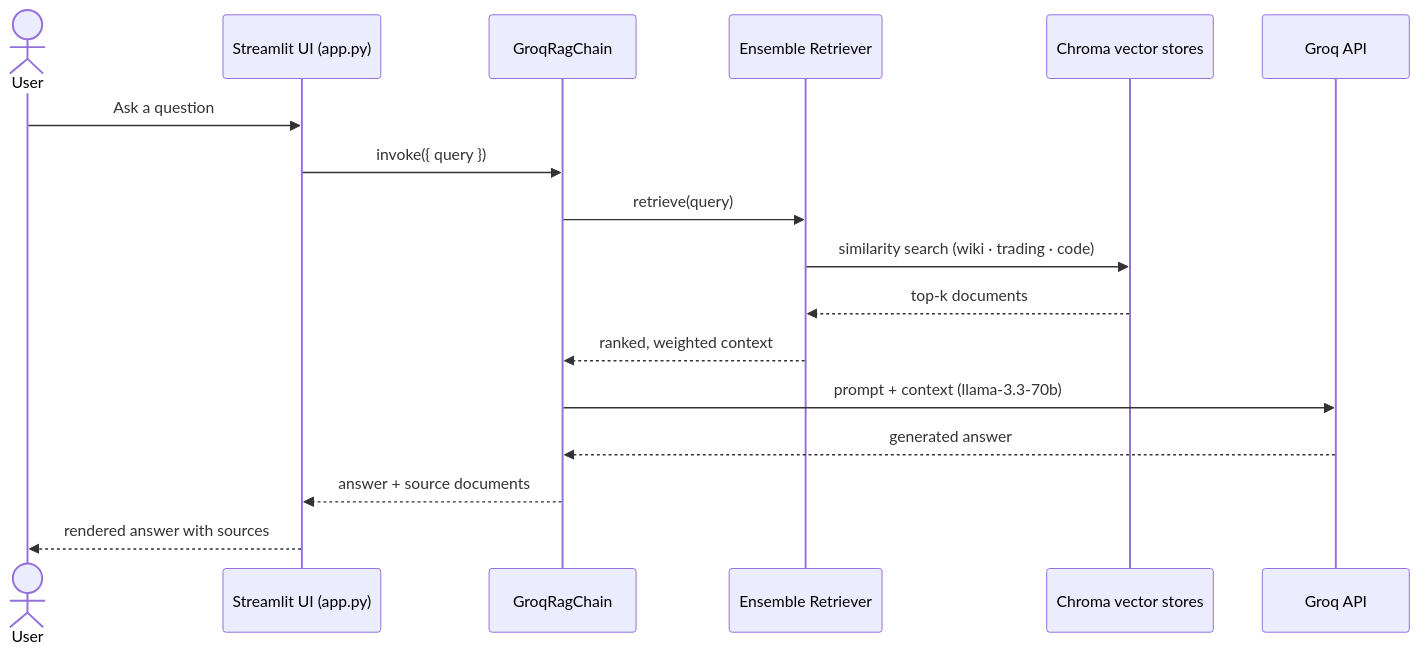
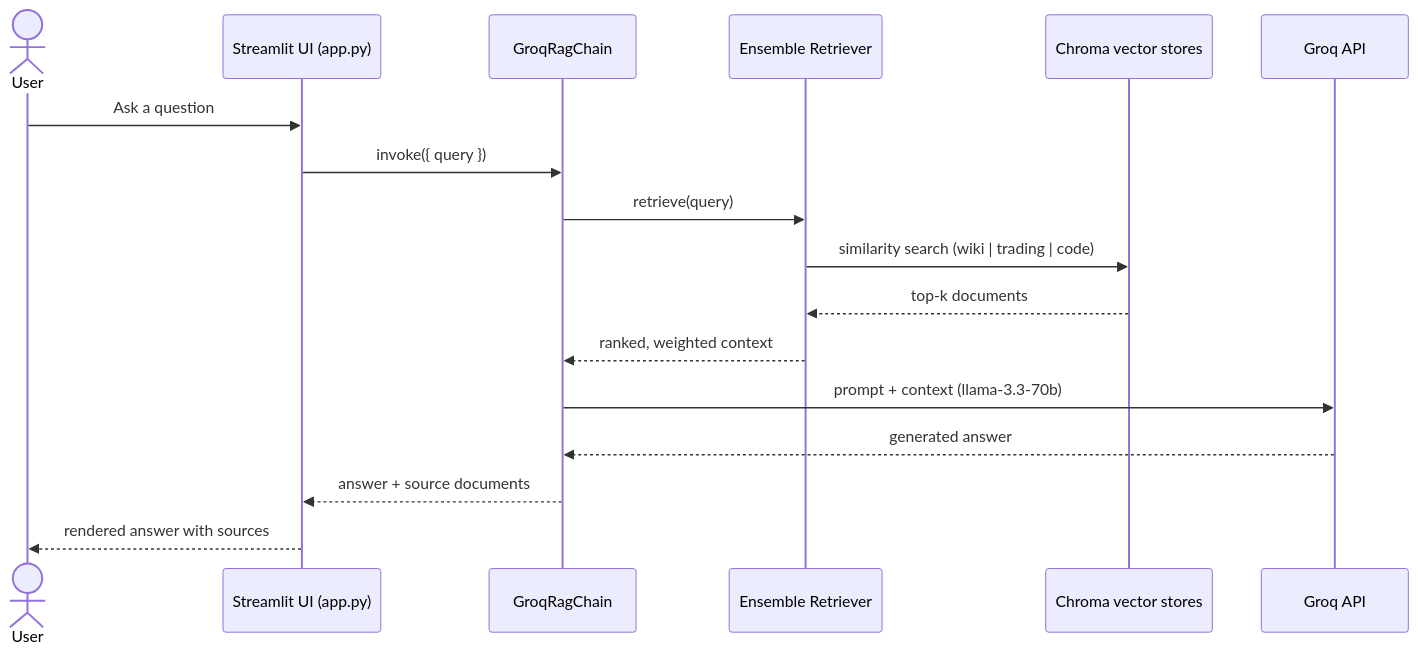
One commit to Builder106/IMC_Prosperity changed the diagram in README.md. Above: the diagram before and after it, drawn with Mermaid. The commit also changed other lines of this file, not shown here.

Commit message:
docs: update python badge and clean sequence diagram

````diff
--- a/README.md
+++ b/README.md
@@ -44,19 +44,19 @@
 ```mermaid
 sequenceDiagram
     actor User
     participant UI as Streamlit UI (app.py)
     participant RAG as GroqRagChain
     participant R as Ensemble Retriever
     participant VS as Chroma vector stores
     participant Groq as Groq API
     User->>UI: Ask a question
     UI->>RAG: invoke({ query })
     RAG->>R: retrieve(query)
-    R->>VS: similarity search (wiki · trading · code)
+    R->>VS: similarity search (wiki | trading | code)
     VS-->>R: top-k documents
     R-->>RAG: ranked, weighted context
     RAG->>Groq: prompt + context (llama-3.3-70b)
     Groq-->>RAG: generated answer
     RAG-->>UI: answer + source documents
     UI-->>User: rendered answer with sources
 ```
````
